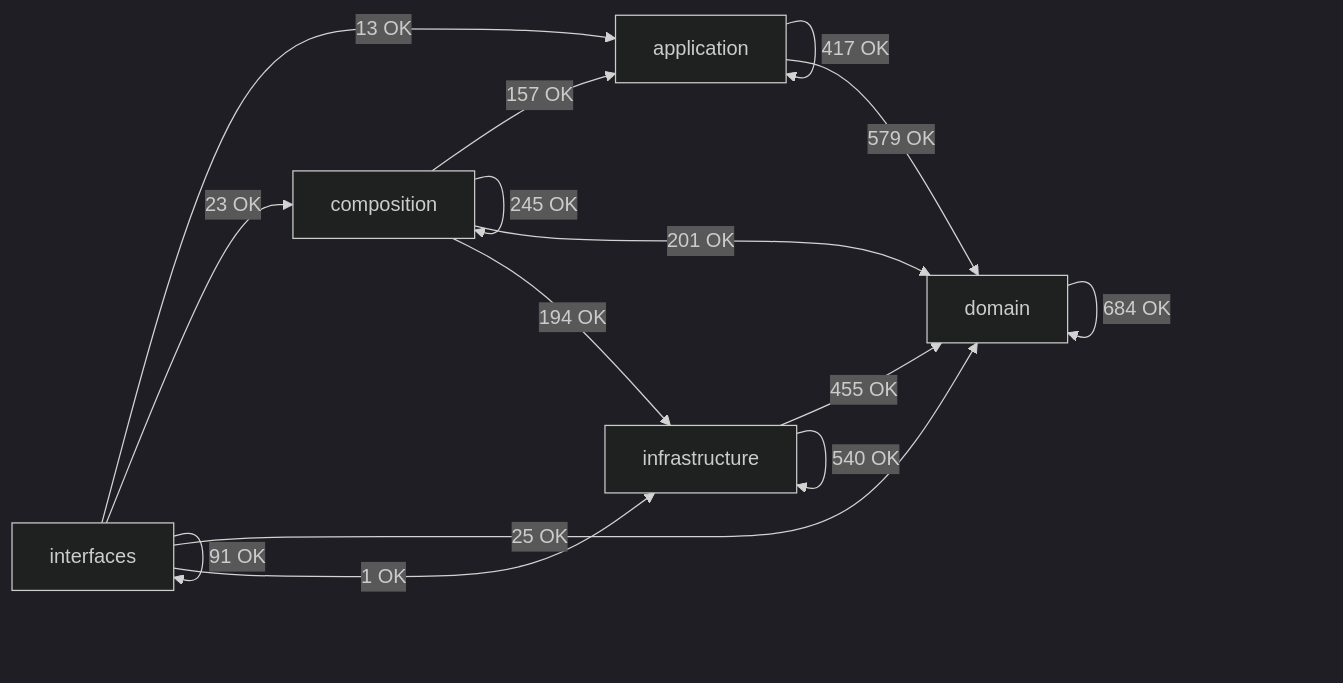
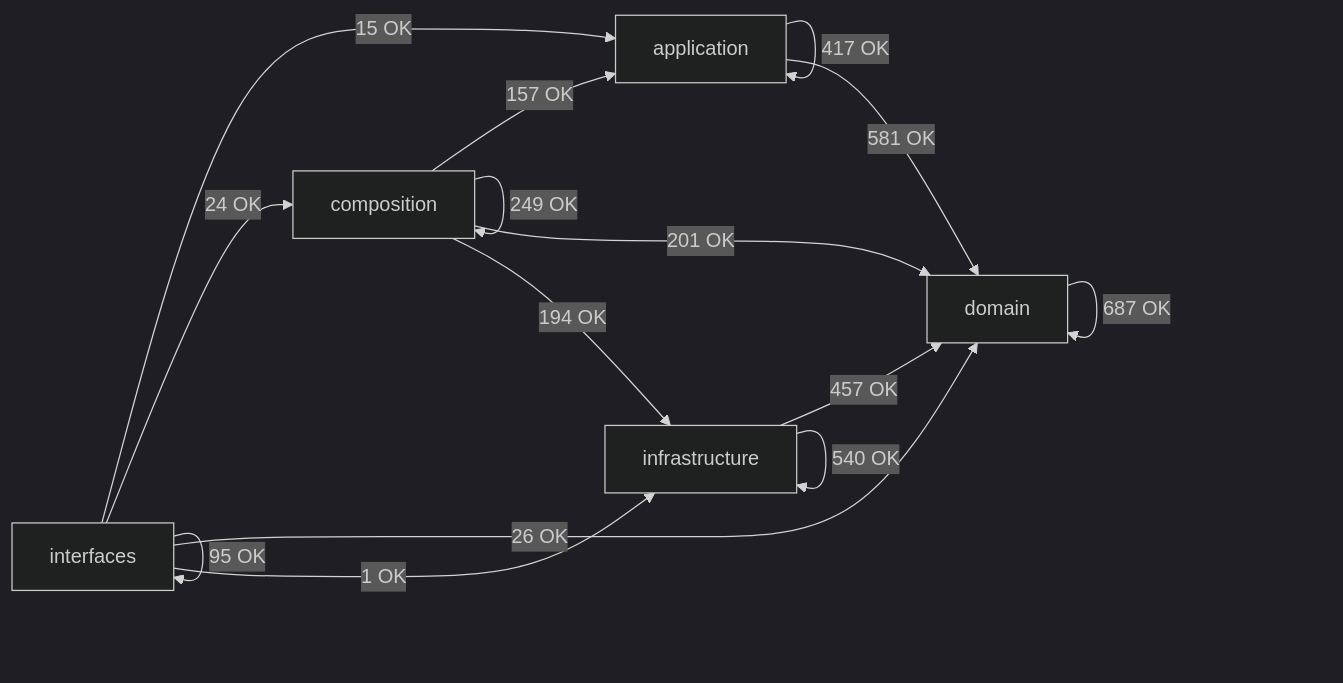
The diagram in docs/02-architecture/generated/module-dependency-map.md (SatoryKono/BioactivityDataAcquisition), drawn with Mermaid (dark theme) before and after one commit. The commit also changed other lines of this file and 37 other files, not shown here.

````diff
--- a/docs/02-architecture/generated/module-dependency-map.md
+++ b/docs/02-architecture/generated/module-dependency-map.md
@@ -16,22 +16,22 @@
 ```mermaid
 flowchart LR
     domain[domain]
     application[application]
     infrastructure[infrastructure]
     composition[composition]
     interfaces[interfaces]
     application -->|417 OK| application
-    application -->|579 OK| domain
+    application -->|581 OK| domain
     composition -->|157 OK| application
-    composition -->|245 OK| composition
+    composition -->|249 OK| composition
     composition -->|201 OK| domain
     composition -->|194 OK| infrastructure
-    domain -->|684 OK| domain
-    infrastructure -->|455 OK| domain
+    domain -->|687 OK| domain
+    infrastructure -->|457 OK| domain
     infrastructure -->|540 OK| infrastructure
-    interfaces -->|13 OK| application
-    interfaces -->|23 OK| composition
-    interfaces -->|25 OK| domain
+    interfaces -->|15 OK| application
+    interfaces -->|24 OK| composition
+    interfaces -->|26 OK| domain
     interfaces -->|1 OK| infrastructure
-    interfaces -->|91 OK| interfaces
+    interfaces -->|95 OK| interfaces
 ```
````
